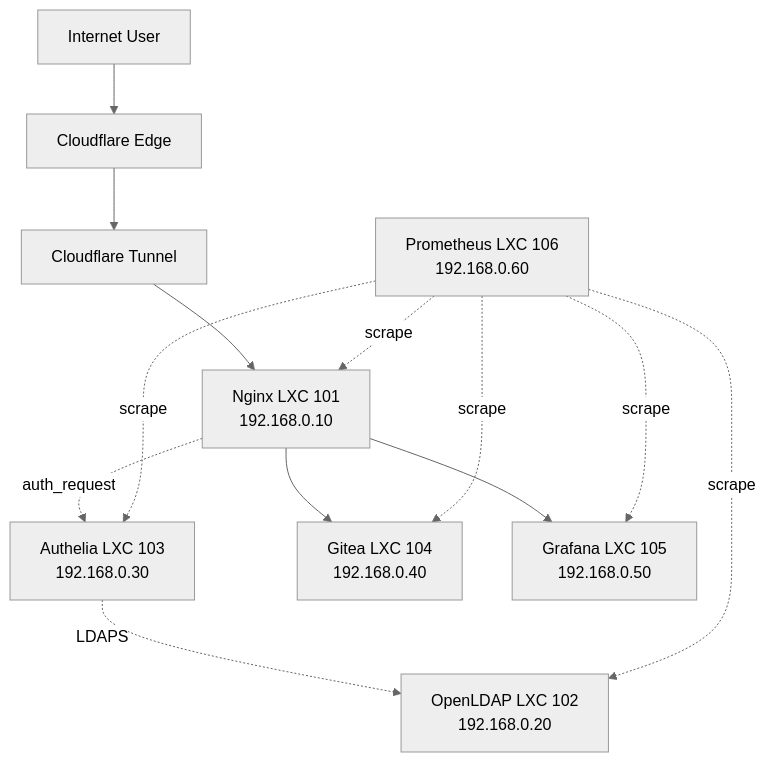
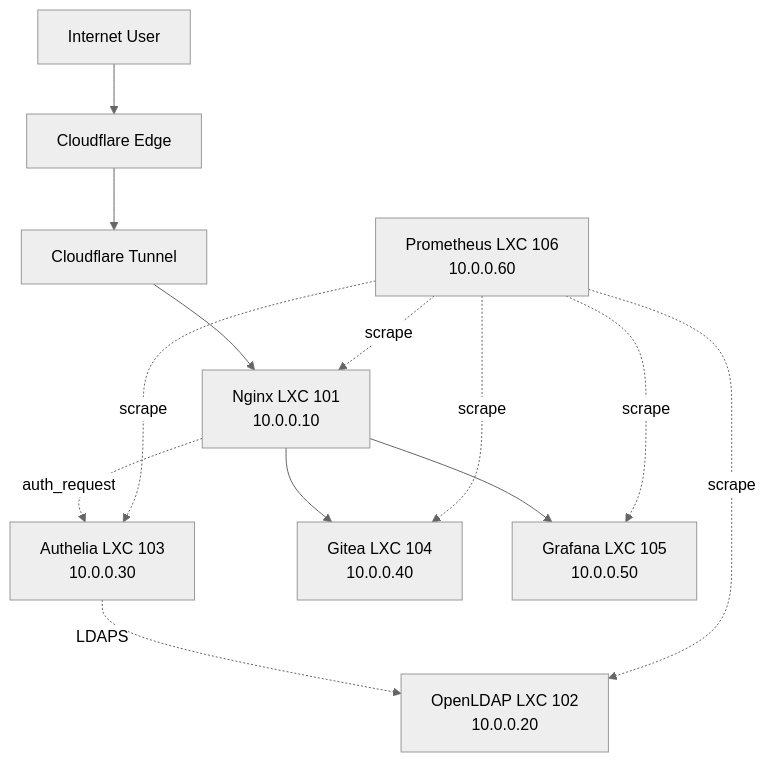
Before and after one commit to dmaljkovic/proxmox-homelab: the diagram in docs/index.md, drawn with Mermaid (neutral theme). The commit also changed 10 other files, not shown here.

````diff
--- a/docs/index.md
+++ b/docs/index.md
@@ -36,15 +36,15 @@
 ```mermaid
 graph TB
     User[Internet User] --> CF[Cloudflare Edge]
     CF --> Tunnel[Cloudflare Tunnel]
-    Tunnel --> Nginx[Nginx LXC 101<br/>192.168.0.10]
-    Nginx -.->|auth_request| Authelia[Authelia LXC 103<br/>192.168.0.30]
-    Authelia -.->|LDAPS| LDAP[OpenLDAP LXC 102<br/>192.168.0.20]
-    Nginx --> Gitea[Gitea LXC 104<br/>192.168.0.40]
-    Nginx --> Grafana[Grafana LXC 105<br/>192.168.0.50]
-    Prom[Prometheus LXC 106<br/>192.168.0.60] -.->|scrape| Nginx
+    Tunnel --> Nginx[Nginx LXC 101<br/>10.0.0.10]
+    Nginx -.->|auth_request| Authelia[Authelia LXC 103<br/>10.0.0.30]
+    Authelia -.->|LDAPS| LDAP[OpenLDAP LXC 102<br/>10.0.0.20]
+    Nginx --> Gitea[Gitea LXC 104<br/>10.0.0.40]
+    Nginx --> Grafana[Grafana LXC 105<br/>10.0.0.50]
+    Prom[Prometheus LXC 106<br/>10.0.0.60] -.->|scrape| Nginx
     Prom -.->|scrape| Gitea
     Prom -.->|scrape| Grafana
     Prom -.->|scrape| Authelia
     Prom -.->|scrape| LDAP
 ```
````
